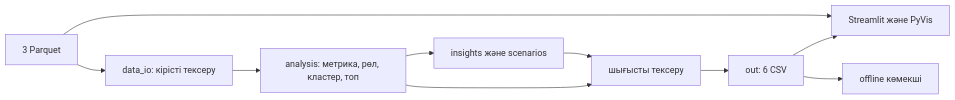
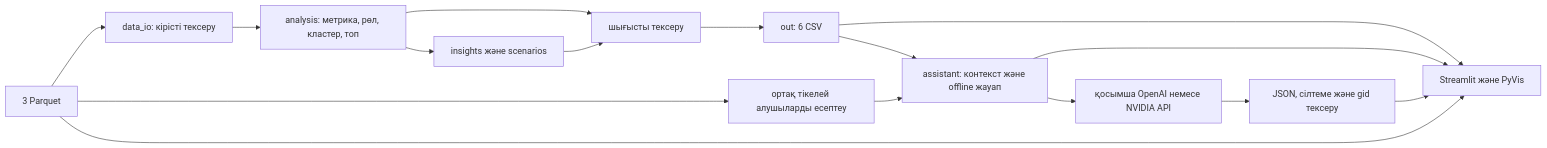
Before and after one commit to BAITC-Hacks/hack-842f0aa9-ki-ai: the diagram in README.md, drawn with Mermaid. The commit also changed other lines of this file and 10 other files, not shown here.

Commit message:
Add grounded OpenAI and NVIDIA chat with offline fallback

````diff
--- a/README.md
+++ b/README.md
@@ -35,12 +39,18 @@
 ```mermaid
 flowchart LR
   P[3 Parquet] --> I[data_io: кірісті тексеру]
   I --> A[analysis: метрика, рөл, кластер, топ]
   A --> S[insights және scenarios]
   A --> V[шығысты тексеру]
   S --> V
   V --> C[out: 6 CSV]
   C --> U[Streamlit және PyVis]
-  C --> H[offline көмекші]
+  C --> H[assistant: контекст және offline жауап]
+  P --> G[ортақ тікелей алушыларды есептеу]
+  G --> H
+  H --> U
+  H --> L[қосымша OpenAI немесе NVIDIA API]
+  L --> Q[JSON, сілтеме және gid тексеру]
+  Q --> U
   P --> U
 ```
````
